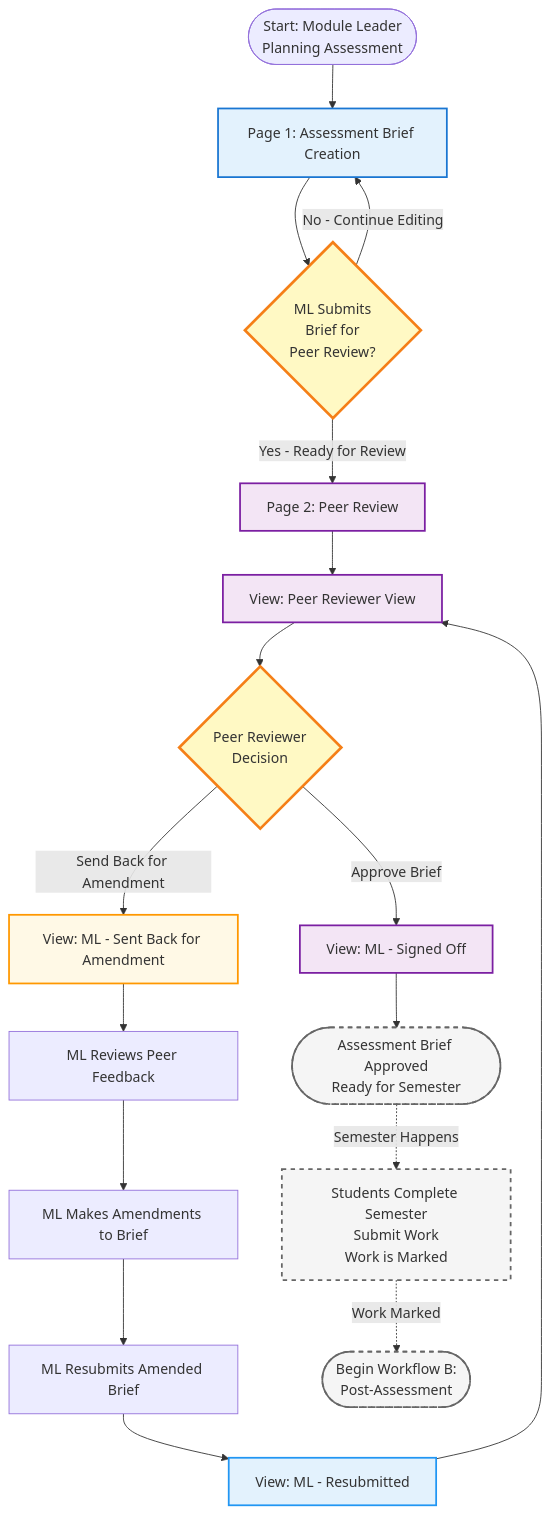
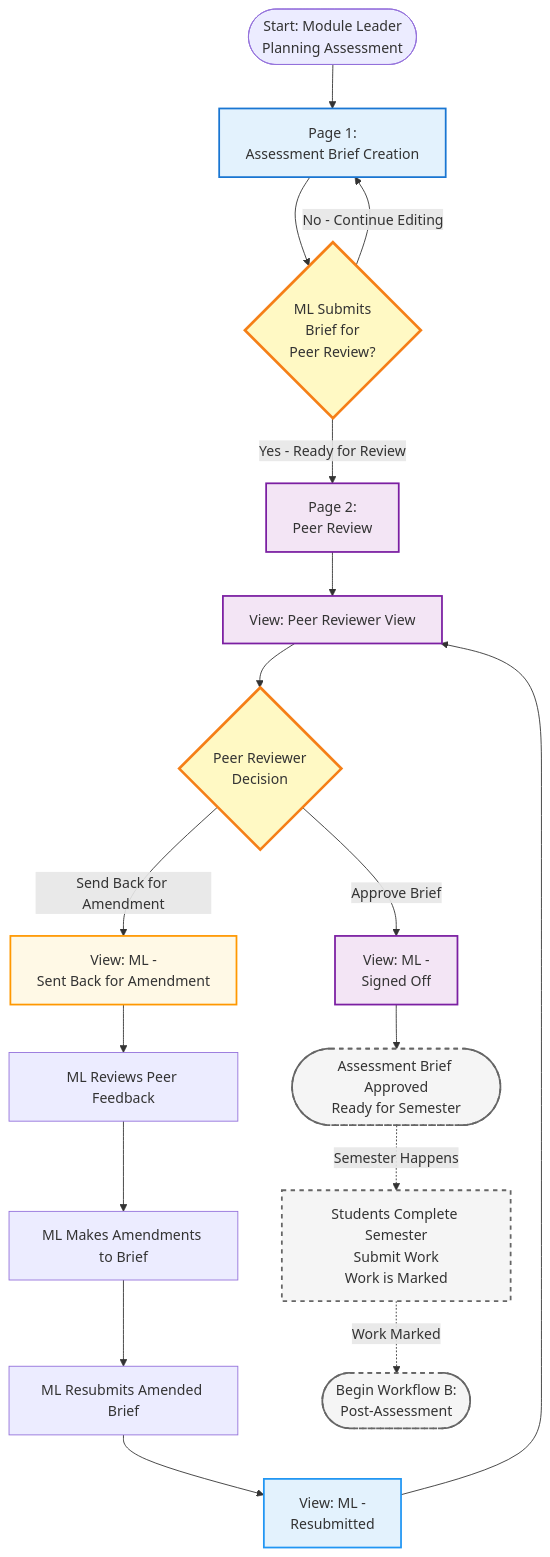
The first of 5 diagrams in README.md (martinsolent/mod_prototype), drawn with Mermaid before and after one commit. The commit also changed other lines of this file, not shown here.

````diff
--- a/README.md
+++ b/README.md
@@ -48,41 +48,41 @@
 ```mermaid
 flowchart TD
-    Start([Start: Module Leader<br/>Planning Assessment]) --> A1[Page 1: Assessment Brief Creation]
+    Start([Start: Module Leader<br/>Planning Assessment]) --> A1[Page 1:<br/>Assessment Brief Creation]
     
     A1 --> A2{ML Submits<br/>Brief for<br/>Peer Review?}
     A2 -->|No - Continue Editing| A1
-    A2 -->|Yes - Ready for Review| B1[Page 2: Peer Review]
+    A2 -->|Yes - Ready for Review| B1[Page 2:<br/>Peer Review]
     
     %% PEER REVIEW WORKFLOW
     B1 --> B2[View: Peer Reviewer View]
     B2 --> B3{Peer Reviewer<br/>Decision}
     
-    B3 -->|Send Back for Amendment| B4[View: ML - Sent Back for Amendment]
+    B3 -->|Send Back for Amendment| B4[View: ML -<br/>Sent Back for Amendment]
     B4 --> B5[ML Reviews Peer Feedback]
     B5 --> B6[ML Makes Amendments to Brief]
     B6 --> B7[ML Resubmits Amended Brief]
-    B7 --> B8[View: ML - Resubmitted]
+    B7 --> B8[View: ML -<br/>Resubmitted]
     B8 --> B2
     
-    B3 -->|Approve Brief| B9[View: ML - Signed Off]
+    B3 -->|Approve Brief| B9[View: ML -<br/>Signed Off]
     B9 --> End1([Assessment Brief Approved<br/>Ready for Semester])
     
     End1 -.->|Semester Happens| Students[Students Complete Semester<br/>Submit Work<br/>Work is Marked]
     Students -.->|Work Marked| Start2([Begin Workflow B:<br/>Post-Assessment])
     
     %% STYLING
     classDef briefStyle fill:#e3f2fd,stroke:#1976d2,stroke-width:2px
     classDef peerStyle fill:#f3e5f5,stroke:#7b1fa2,stroke-width:2px
     classDef decisionStyle fill:#fff9c4,stroke:#f57f17,stroke-width:3px
     classDef viewYellow fill:#fff9e6,stroke:#ff9800,stroke-width:2px
     classDef viewBlue fill:#e3f2fd,stroke:#2196f3,stroke-width:2px
     classDef viewGreen fill:#e8f5e9,stroke:#4caf50,stroke-width:2px
     classDef pauseStyle fill:#f5f5f5,stroke:#666,stroke-width:2px,stroke-dasharray: 5 5
     
     class A1,A2 briefStyle
     class B1,B2,B3,B9 peerStyle
     class B4 viewYellow
     class B8 viewBlue
     class A2,B3 decisionStyle
     class Students,End1,Start2 pauseStyle
 ```
````
